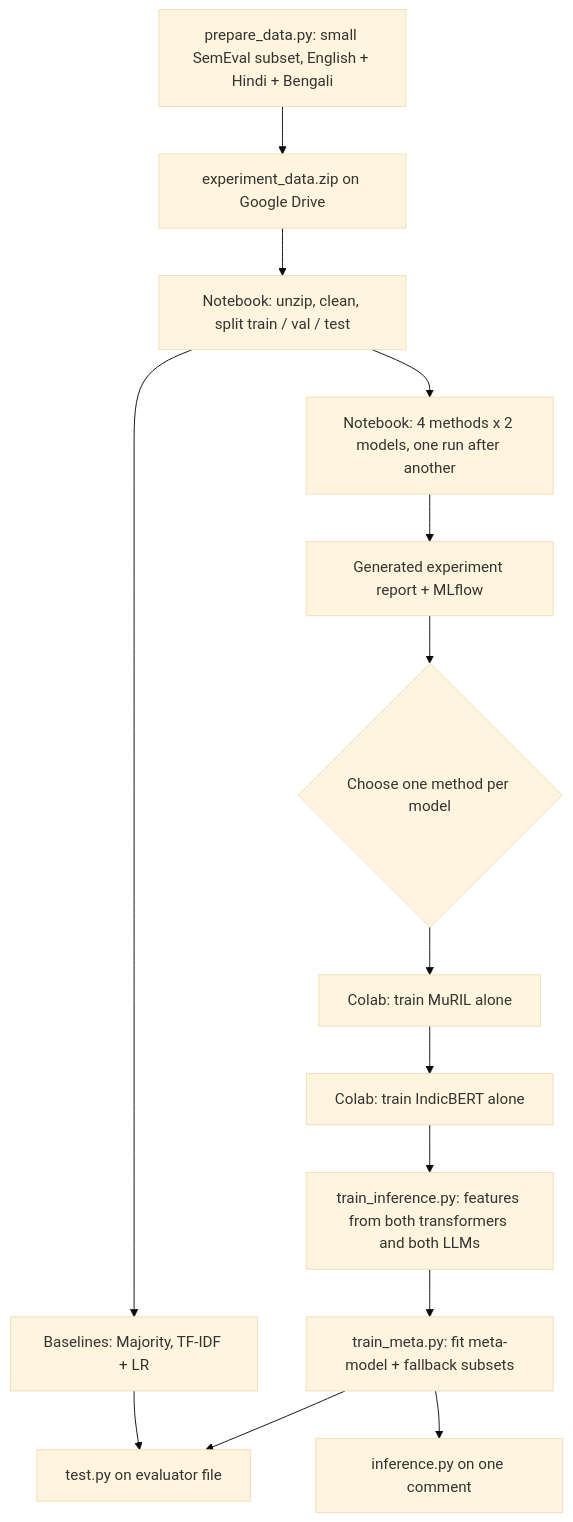
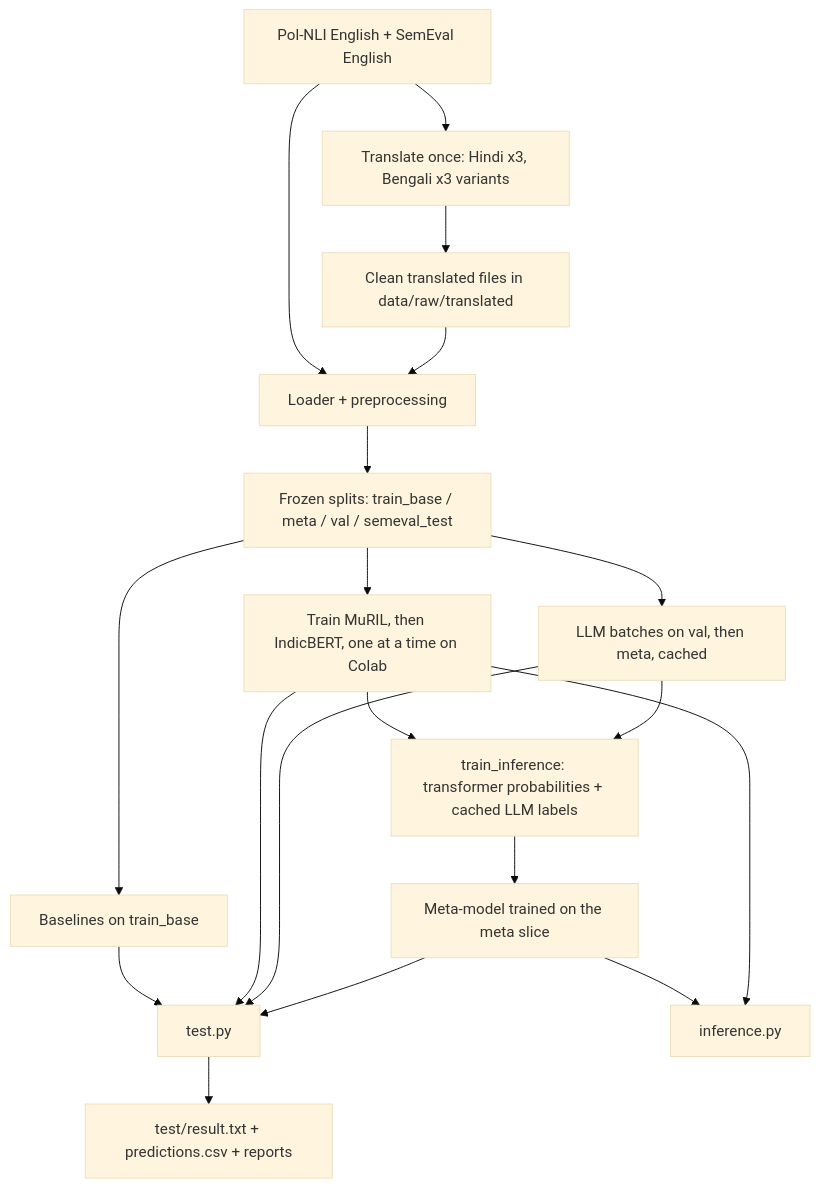
The first of 4 diagrams in docs/APP_FLOW.md (harshitagr42/EcoConsensus), drawn with Mermaid (base theme) before and after one commit. The commit also changed other lines of this file and 11 other files, not shown here.

````diff
--- a/docs/APP_FLOW.md
+++ b/docs/APP_FLOW.md
@@ -20,16 +22,21 @@
 ```mermaid
 flowchart TD
-    A0["prepare_data.py: small SemEval subset, English + Hindi + Bengali"] --> A["experiment_data.zip on Google Drive"]
-    A --> B["Notebook: unzip, clean, split train / val / test"]
-    B --> C["Baselines: Majority, TF-IDF + LR"]
-    B --> D["Notebook: 4 methods x 2 models, one run after another"]
-    D --> E["Generated experiment report + MLflow"]
-    E --> F{"Choose one method per model"}
-    F --> G["Colab: train MuRIL alone"]
-    G --> H["Colab: train IndicBERT alone"]
-    H --> I["train_inference.py: features from both transformers and both LLMs"]
-    I --> J["train_meta.py: fit meta-model + fallback subsets"]
-    J --> K["test.py on evaluator file"]
-    J --> L["inference.py on one comment"]
-    C --> K
+    A[Pol-NLI English + SemEval English] --> B[Translate once: Hindi x3, Bengali x3 variants]
+    B --> C[Clean translated files in data/raw/translated]
+    A --> D[Loader + preprocessing]
+    C --> D
+    D --> E[Frozen splits: train_base / meta / val / semeval_test]
+    E --> F[Baselines on train_base]
+    E --> G[Train MuRIL, then IndicBERT, one at a time on Colab]
+    E --> H[LLM batches on val, then meta, cached]
+    G --> I[train_inference: transformer probabilities + cached LLM labels]
+    H --> I
+    I --> J[Meta-model trained on the meta slice]
+    F --> K[test.py]
+    G --> K
+    H --> K
+    J --> K
+    K --> L[test/result.txt + predictions.csv + reports]
+    J --> M[inference.py]
+    G --> M
 ```
````
